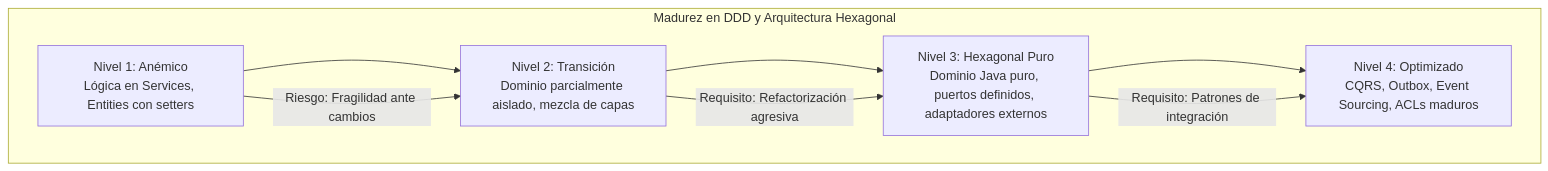
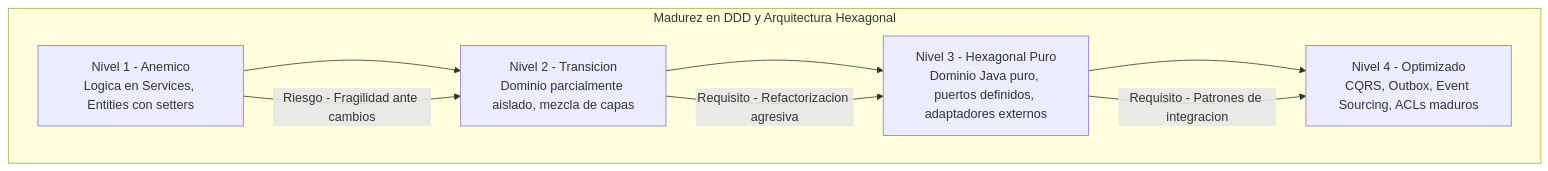
The fourth of 4 diagrams in 02_Arquitectura/ddd_y_arquitectura_hexagonal_con_java_21_STAFF.md (Joaquinriosheredia/DAM-Java-Mastery), drawn with Mermaid before and after one commit. The commit also changed other lines of this file, not shown here.

Commit message:
ddd_y_arquitectura_hexagonal_con_java_21_STAFF.md

````diff
--- a/02_Arquitectura/ddd_y_arquitectura_hexagonal_con_java_21_STAFF.md
+++ b/02_Arquitectura/ddd_y_arquitectura_hexagonal_con_java_21_STAFF.md
@@ -670,13 +809,13 @@
 ```mermaid
 graph TD
     subgraph "Madurez en DDD y Arquitectura Hexagonal"
-        L1[Nivel 1: Anémico<br>Lógica en Services, Entities con setters] --> L2
-        L2[Nivel 2: Transición<br>Dominio parcialmente aislado, mezcla de capas] --> L3
-        L3[Nivel 3: Hexagonal Puro<br>Dominio Java puro, puertos definidos, adaptadores externos] --> L4
-        L4[Nivel 4: Optimizado<br>CQRS, Outbox, Event Sourcing, ACLs maduros]
+        L1[Nivel 1 - Anemico<br/>Logica en Services, Entities con setters] --> L2
+        L2[Nivel 2 - Transicion<br/>Dominio parcialmente aislado, mezcla de capas] --> L3
+        L3[Nivel 3 - Hexagonal Puro<br/>Dominio Java puro, puertos definidos, adaptadores externos] --> L4
+        L4[Nivel 4 - Optimizado<br/>CQRS, Outbox, Event Sourcing, ACLs maduros]
     end
     
-    L1 -->|Riesgo: Fragilidad ante cambios| L2
-    L2 -->|Requisito: Refactorización agresiva| L3
-    L3 -->|Requisito: Patrones de integración| L4
+    L1 -->|Riesgo - Fragilidad ante cambios| L2
+    L2 -->|Requisito - Refactorizacion agresiva| L3
+    L3 -->|Requisito - Patrones de integracion| L4
 ```
````
